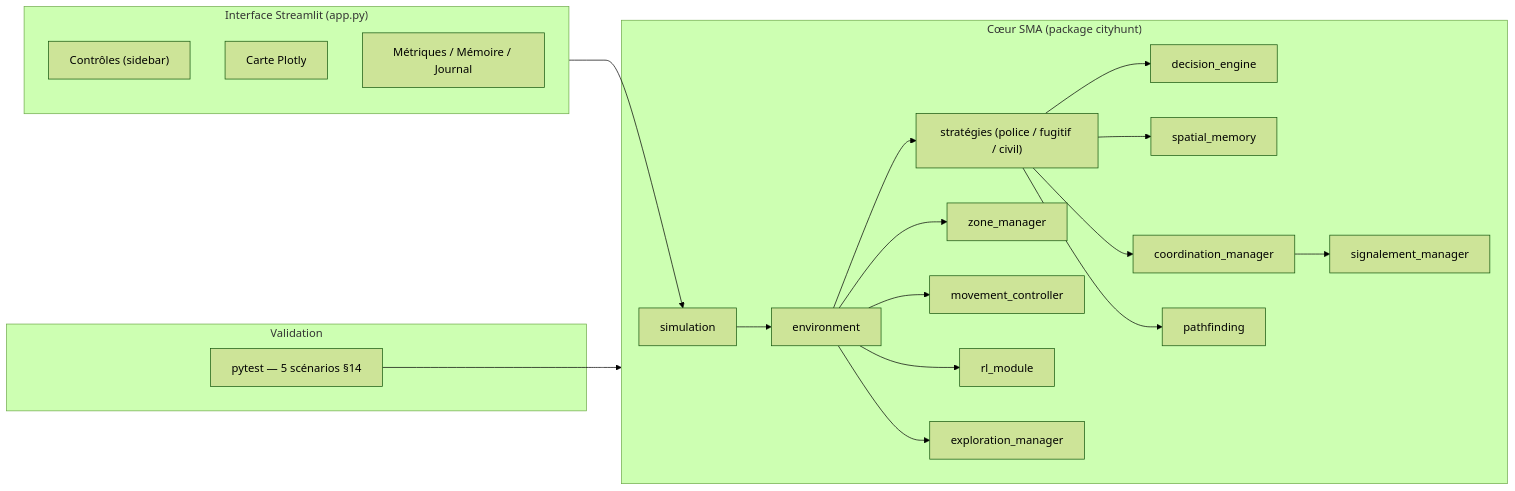
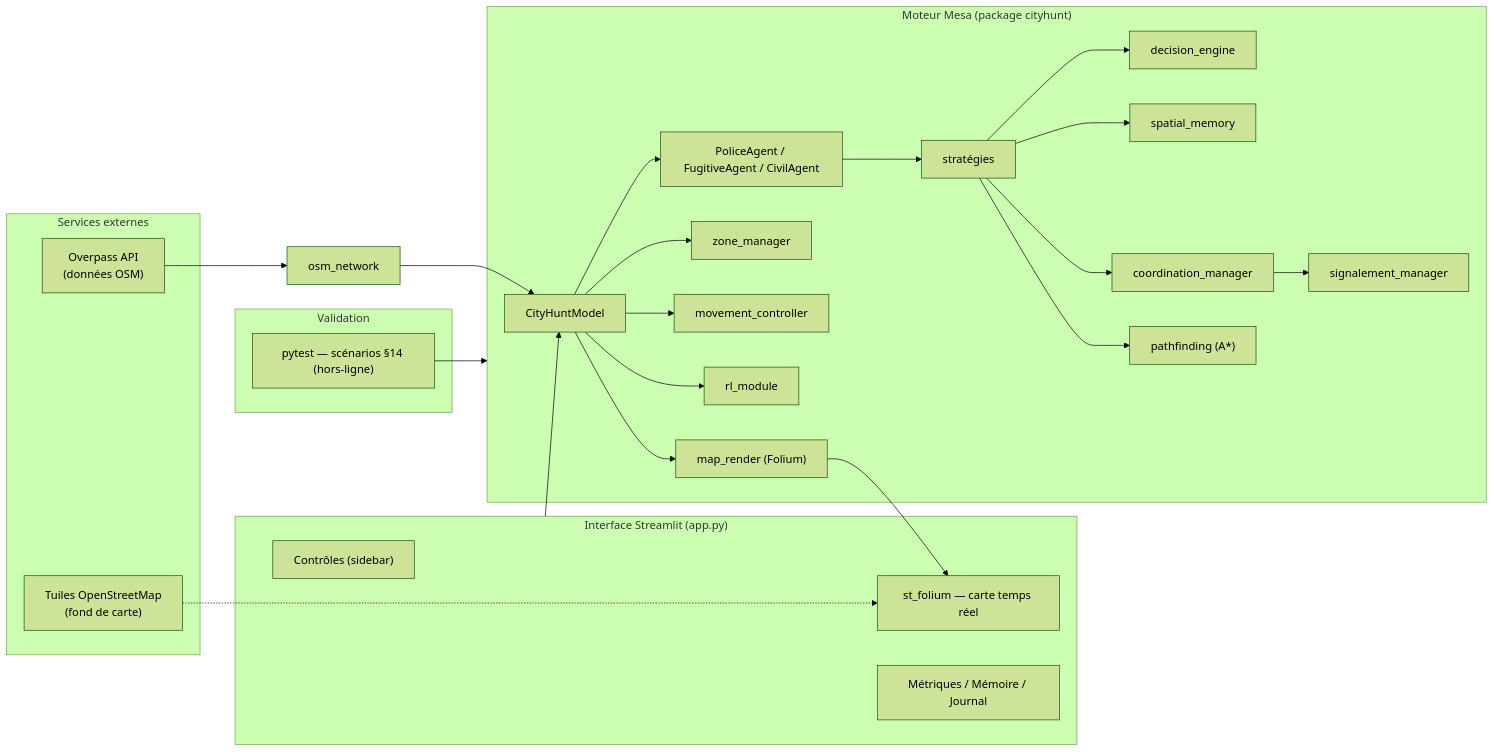
The eighth of 9 diagrams in docs/DOCUMENTATION.md (DNTtlse3/CitySMA), drawn with Mermaid (forest theme) before and after one commit. The commit also changed other lines of this file and 18 other files, not shown here.

Commit message:
v3.0 : moteur Mesa + carte OpenStreetMap réelle (OSMnx), rendu Folium temps réel dans Streamlit, A* sur le réseau de rues

````diff
--- a/docs/DOCUMENTATION.md
+++ b/docs/DOCUMENTATION.md
@@ -400,41 +376,50 @@
 ```mermaid
 flowchart LR
+    subgraph EXT["Services externes"]
+        OVER["Overpass API<br/>(données OSM)"]
+        TILES["Tuiles OpenStreetMap<br/>(fond de carte)"]
+    end
+
     subgraph UI["Interface Streamlit (app.py)"]
         W1["Contrôles (sidebar)"]
-        W2["Carte Plotly"]
+        W2["st_folium — carte temps réel"]
         W3["Métriques / Mémoire / Journal"]
     end
 
-    subgraph CORE["Cœur SMA (package cityhunt)"]
-        SIM["simulation"]
-        ENV["environment"]
-        STRAT["stratégies (police / fugitif / civil)"]
+    subgraph MESA["Moteur Mesa (package cityhunt)"]
+        MODEL["CityHuntModel"]
+        AG["PoliceAgent / FugitiveAgent / CivilAgent"]
+        STRAT["stratégies"]
         DEC["decision_engine"]
         MEM["spatial_memory"]
         ZM["zone_manager"]
         COORD["coordination_manager"]
         SIG["signalement_manager"]
-        PF["pathfinding"]
+        PF["pathfinding (A*)"]
         MV["movement_controller"]
         RL["rl_module"]
-        EXP["exploration_manager"]
+        FOL["map_render (Folium)"]
     end
 
     subgraph TESTS["Validation"]
-        T["pytest — 5 scénarios §14"]
+        T["pytest — scénarios §14 (hors-ligne)"]
     end
 
-    UI --> SIM
-    SIM --> ENV
-    ENV --> STRAT
+    OVER --> NETW["osm_network"]
+    NETW --> MODEL
+    UI --> MODEL
+    MODEL --> AG
+    AG --> STRAT
     STRAT --> DEC
     STRAT --> MEM
     STRAT --> PF
     STRAT --> COORD
     COORD --> SIG
-    ENV --> ZM
-    ENV --> MV
-    ENV --> RL
-    ENV --> EXP
-    T --> CORE
+    MODEL --> ZM
+    MODEL --> MV
+    MODEL --> RL
+    MODEL --> FOL
+    FOL --> W2
+    TILES -.-> W2
+    T --> MESA
 ```
````
